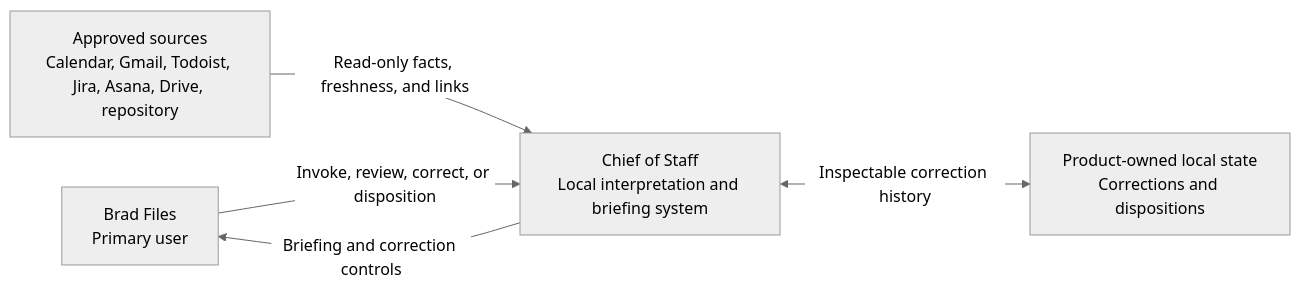
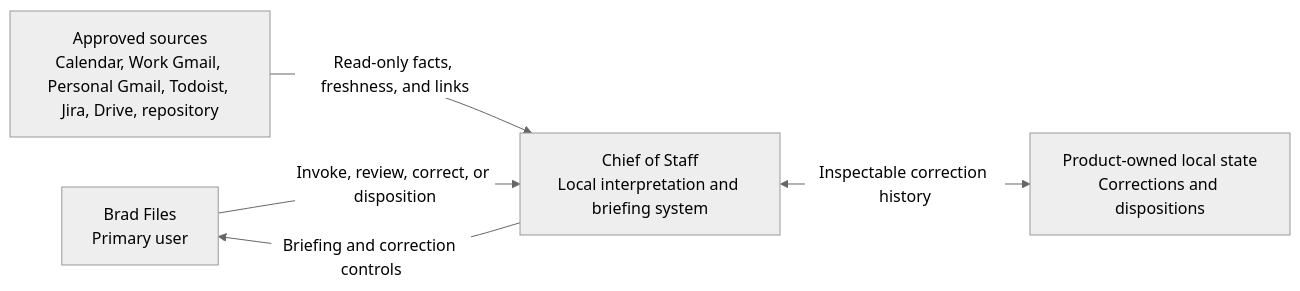
The first of 2 diagrams in docs/architecture/overview.md (btf62/chief-of-staff), drawn with Mermaid (neutral theme) before and after one commit. The commit also changed other lines of this file and 26 other files, not shown here.

````diff
--- a/docs/architecture/overview.md
+++ b/docs/architecture/overview.md
@@ -91,12 +91,12 @@
 ```mermaid
 flowchart LR
     Brad["Brad Files<br/>Primary user"]
     Chief["Chief of Staff<br/>Local interpretation and briefing system"]
-    Sources["Approved sources<br/>Calendar, Gmail, Todoist, Jira, Asana, Drive, repository"]
+    Sources["Approved sources<br/>Calendar, Work Gmail, Personal Gmail, Todoist, Jira, Drive, repository"]
     State["Product-owned local state<br/>Corrections and dispositions"]
 
     Sources -->|"Read-only facts, freshness, and links"| Chief
     Chief <-->|"Inspectable correction history"| State
     Brad -->|"Invoke, review, correct, or disposition"| Chief
     Chief -->|"Briefing and correction controls"| Brad
 ```
````
